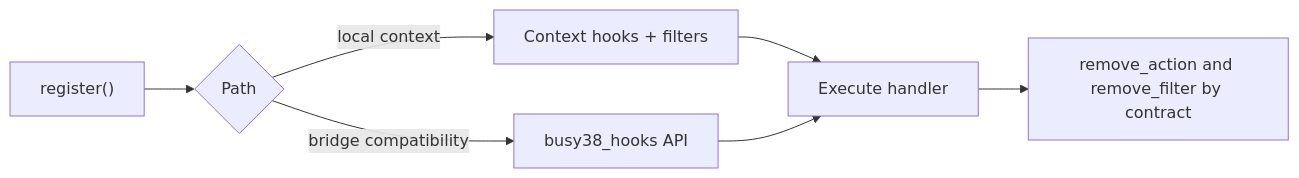
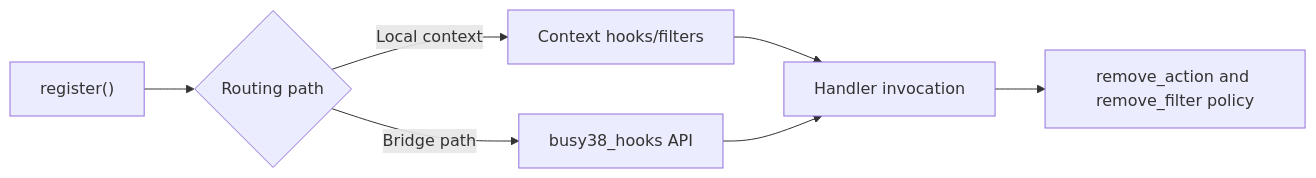
The fifth of 5 diagrams in README.md (LynnColeArt/captainhook), drawn with Mermaid before and after one commit. The commit also changed other lines of this file, not shown here.

````diff
--- a/README.md
+++ b/README.md
@@ -290,9 +179,9 @@
 ```mermaid
 flowchart LR
-  A["register()"] --> B{Path}
-  B -->|local context| C[Context hooks + filters]
-  B -->|bridge compatibility| D[busy38_hooks API]
-  C --> E[Execute handler]
+  A["register()"] --> B{Routing path}
+  B -->|Local context| C["Context hooks/filters"]
+  B -->|Bridge path| D["busy38_hooks API"]
+  C --> E["Handler invocation"]
   D --> E
-  E --> F[remove_action and remove_filter by contract]
+  E --> F["remove_action and remove_filter policy"]
 ```
````
